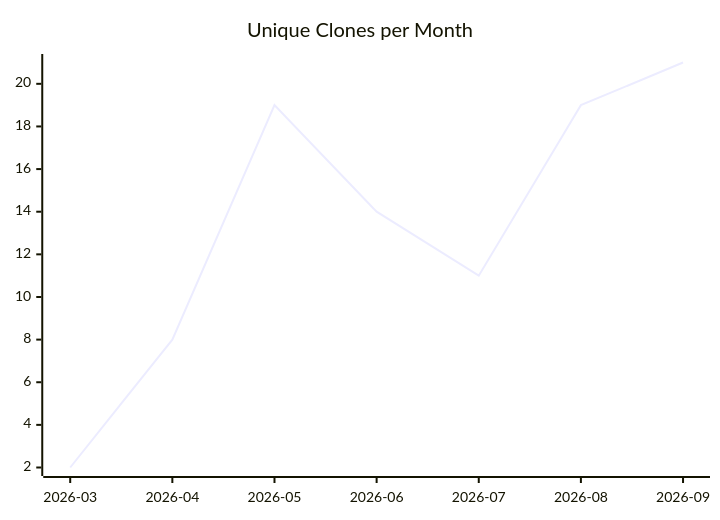
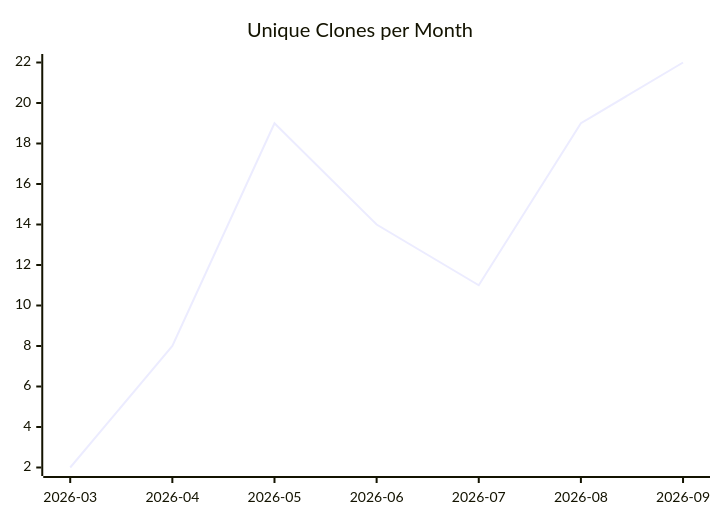
Before and after one commit to justdavis-family/github-analytics-data: the third of 3 diagrams in karlmdavis/rps-tourney/README.md, drawn with Mermaid. The commit also changed other lines of this file and 185 other files, not shown here.

````diff
--- a/karlmdavis/rps-tourney/README.md
+++ b/karlmdavis/rps-tourney/README.md
@@ -19,6 +19,6 @@
 ```mermaid
 xychart-beta
   title "Unique Clones per Month"
   x-axis ["2026-03", "2026-04", "2026-05", "2026-06", "2026-07", "2026-08", "2026-09"]
-  line [2, 8, 19, 14, 11, 19, 21]
+  line [2, 8, 19, 14, 11, 19, 22]
 ```
````
